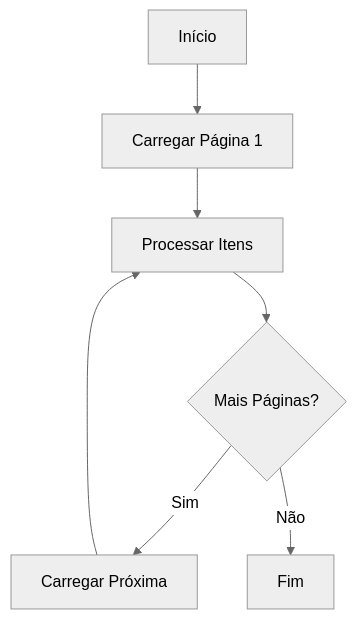
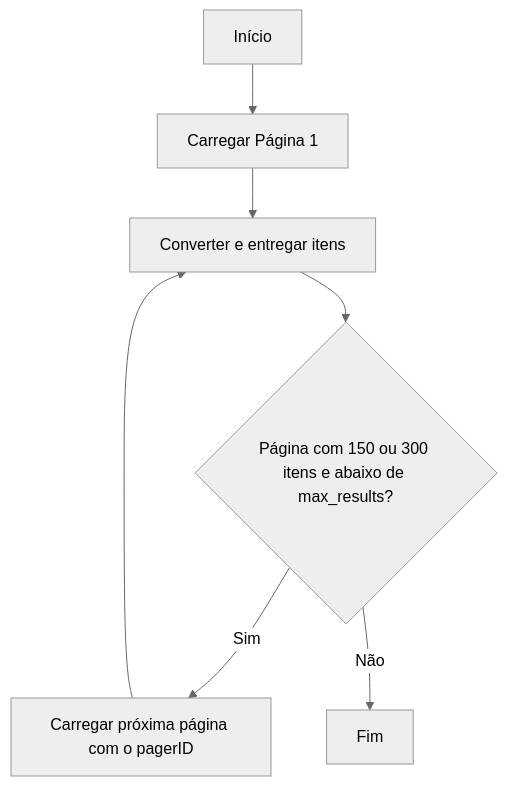
Before and after one commit to ssmvictor/Sankhya-SDK-python: the first of 2 diagrams in docs/api-reference/request-wrappers.md, drawn with Mermaid (neutral theme). The commit also changed other lines of this file, not shown here.

````diff
--- a/docs/api-reference/request-wrappers.md
+++ b/docs/api-reference/request-wrappers.md
@@ -136,9 +206,9 @@
 ```mermaid
 flowchart TD
     A[Início] --> B[Carregar Página 1]
-    B --> C[Processar Itens]
-    C --> D{Mais Páginas?}
-    D -->|Sim| E[Carregar Próxima]
+    B --> C[Converter e entregar itens]
+    C --> D{Página com 150 ou 300 itens e abaixo de max_results?}
+    D -->|Sim| E[Carregar próxima página com o pagerID]
     E --> C
     D -->|Não| F[Fim]
 ```
````
